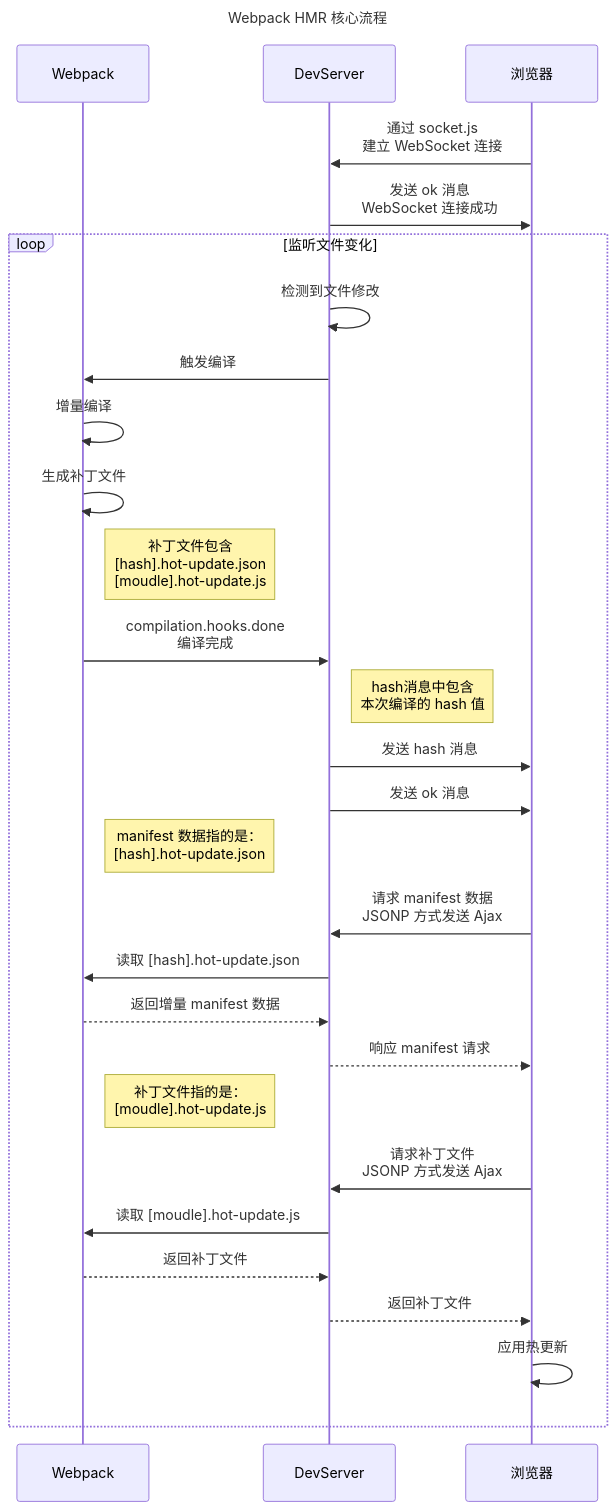
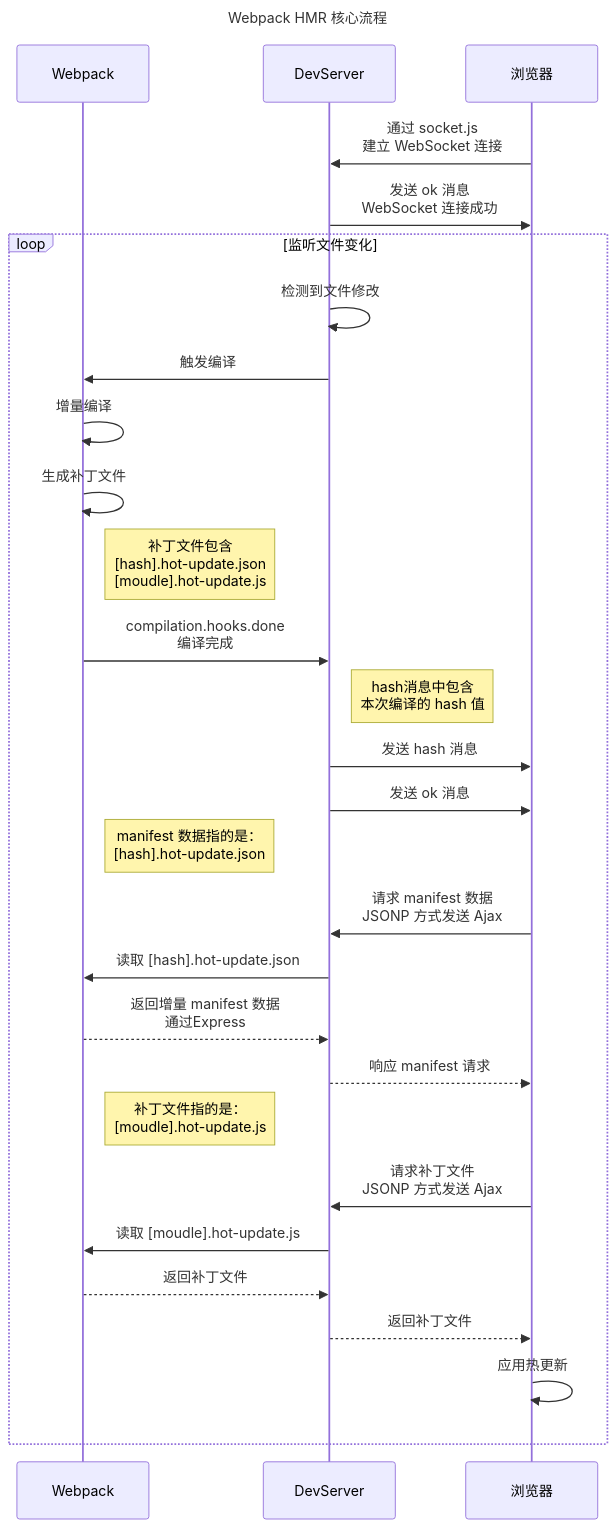
One commit to ykshang/MyBlog changed the first of 2 diagrams in docs/notes/Webpack/4.核心原理/2.HMR 流程.md. Above: the diagram before and after it, drawn with Mermaid. The commit also changed other lines of this file and 2 other files, not shown here.

````diff
--- a/docs/notes/Webpack/4.核心原理/2.HMR 流程.md
+++ b/docs/notes/Webpack/4.核心原理/2.HMR 流程.md
@@ -25,32 +25,32 @@
 ```mermaid
 sequenceDiagram
     title: Webpack HMR 核心流程
     participant Webpack
     participant DevServer
     participant 浏览器
 
     浏览器->>DevServer: 通过 socket.js <br> 建立 WebSocket 连接
     DevServer->>浏览器: 发送 ok 消息 <br> WebSocket 连接成功
     loop 监听文件变化
         DevServer->>DevServer: 检测到文件修改
         DevServer->>Webpack: 触发编译
         Webpack->>Webpack: 增量编译
         Webpack->>Webpack: 生成补丁文件
         Note right of Webpack: 补丁文件包含<br/>[hash].hot-update.json<br/>[moudle].hot-update.js
         Webpack->>DevServer: compilation.hooks.done <br/> 编译完成
         Note right of DevServer: hash消息中包含<br>本次编译的 hash 值
         DevServer->>浏览器: 发送 hash 消息
         DevServer->>浏览器: 发送 ok 消息
         Note right of Webpack: manifest 数据指的是：<br/>[hash].hot-update.json
         浏览器->>DevServer: 请求 manifest 数据 <br/> JSONP 方式发送 Ajax
         DevServer->>Webpack: 读取 [hash].hot-update.json
-        Webpack-->>DevServer: 返回增量 manifest 数据
+        Webpack-->>DevServer: 返回增量 manifest 数据 <br/> 通过Express
         DevServer-->>浏览器: 响应 manifest 请求
         Note right of Webpack: 补丁文件指的是：<br/>[moudle].hot-update.js
         浏览器 ->> DevServer: 请求补丁文件 <br/>  JSONP 方式发送 Ajax
         DevServer->>Webpack: 读取 [moudle].hot-update.js
         Webpack-->>DevServer: 返回补丁文件
         DevServer-->> 浏览器: 返回补丁文件
         浏览器->>浏览器: 应用热更新
     end
 ```
````
